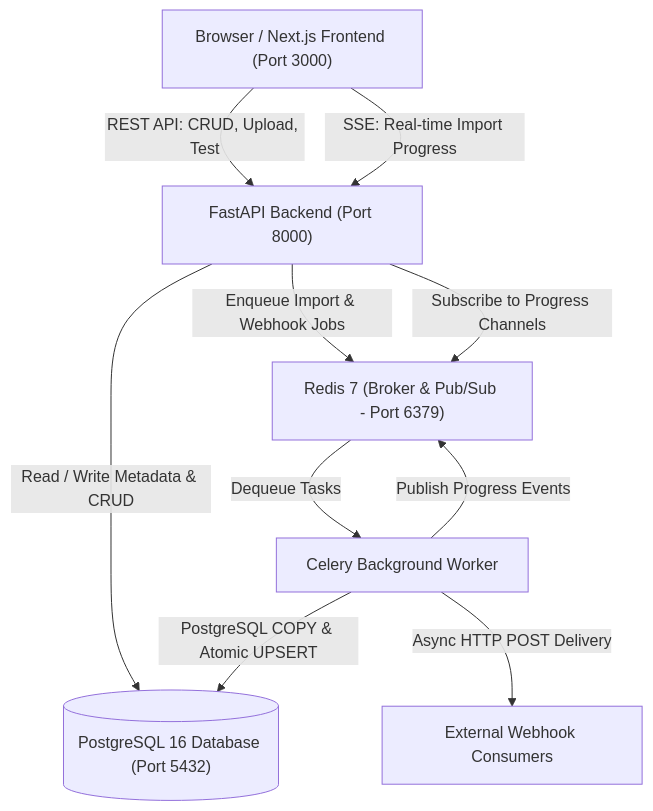
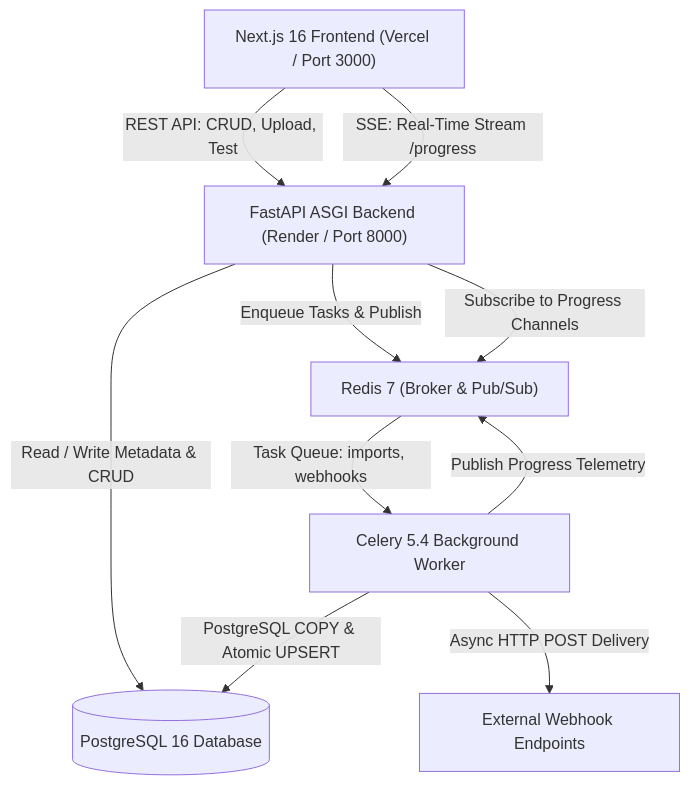
One commit to AfsarAI/assessment-opm changed the diagram in docs/architecture.md. Above: the diagram before and after it, drawn with Mermaid. The commit also changed other lines of this file and 18 other files, not shown here.

````diff
--- a/docs/architecture.md
+++ b/docs/architecture.md
@@ -9,19 +9,19 @@
 ```mermaid
 graph TD
-    Client["Browser / Next.js Frontend (Port 3000)"]
-    API["FastAPI Backend (Port 8000)"]
-    Redis["Redis 7 (Broker & Pub/Sub - Port 6379)"]
-    Worker["Celery Background Worker"]
-    DB[("PostgreSQL 16 Database (Port 5432)")]
-    ExtWebhook["External Webhook Consumers"]
+    Client["Next.js 16 Frontend (Vercel / Port 3000)"]
+    API["FastAPI ASGI Backend (Render / Port 8000)"]
+    Redis["Redis 7 (Broker & Pub/Sub)"]
+    Worker["Celery 5.4 Background Worker"]
+    DB[("PostgreSQL 16 Database")]
+    ExtWebhook["External Webhook Endpoints"]
 
     Client -->|REST API: CRUD, Upload, Test| API
-    Client -->|SSE: Real-time Import Progress| API
+    Client -->|SSE: Real-Time Stream /progress| API
     API -->|Read / Write Metadata & CRUD| DB
-    API -->|Enqueue Import & Webhook Jobs| Redis
+    API -->|Enqueue Tasks & Publish| Redis
     API -->|Subscribe to Progress Channels| Redis
-    Redis -->|Dequeue Tasks| Worker
+    Redis -->|Task Queue: imports, webhooks| Worker
     Worker -->|PostgreSQL COPY & Atomic UPSERT| DB
-    Worker -->|Publish Progress Events| Redis
+    Worker -->|Publish Progress Telemetry| Redis
     Worker -->|Async HTTP POST Delivery| ExtWebhook
 ```
````
